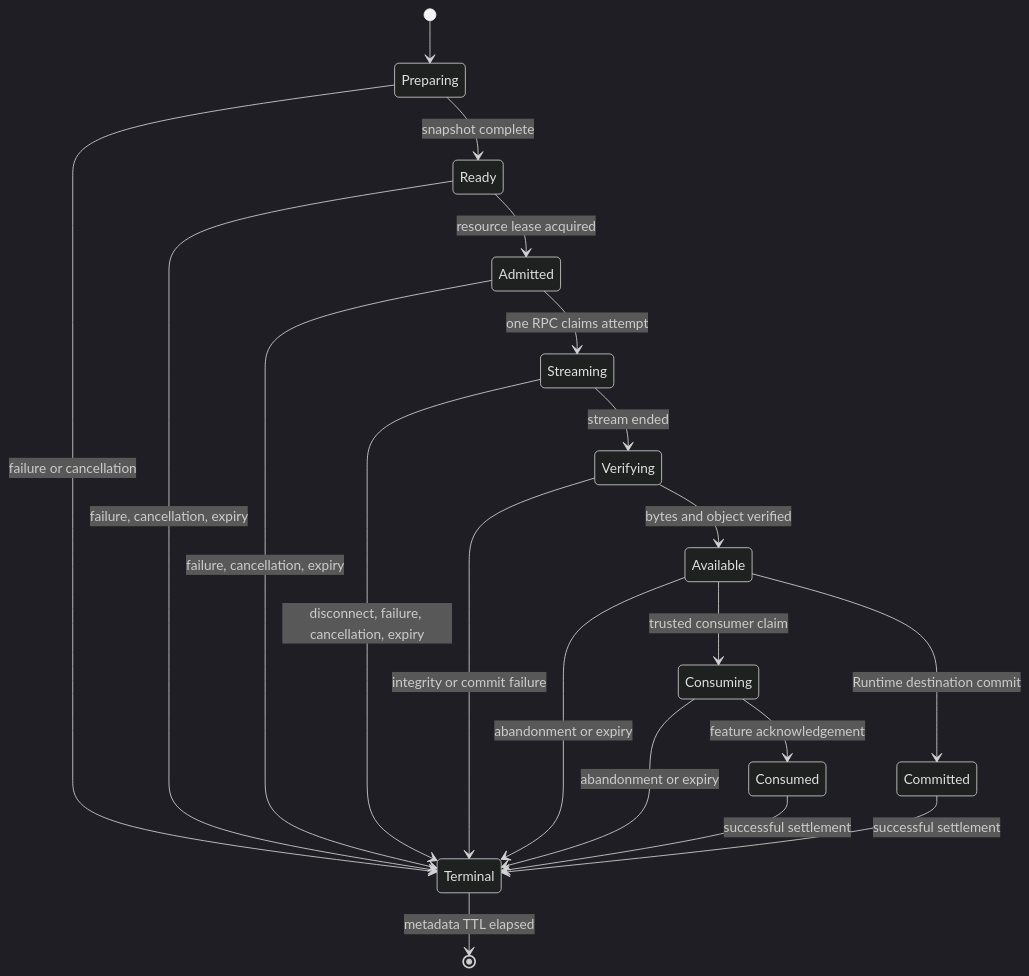
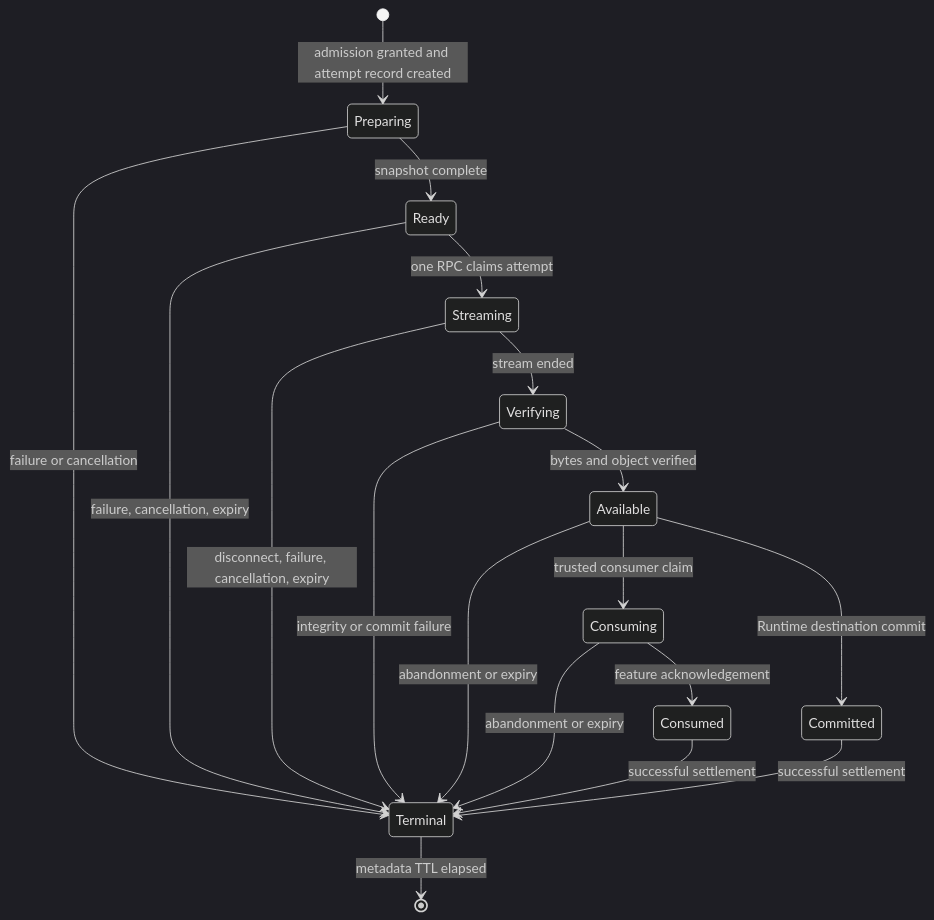
One commit to azents/azents changed the second of 4 diagrams in docs/azents/design/transfer-260725-runtime-file-transfer.md. Above: the diagram before and after it, drawn with Mermaid (dark theme). The commit also changed other lines of this file, not shown here.

Commit message:
Align transfer admission ordering

````diff
--- a/docs/azents/design/transfer-260725-runtime-file-transfer.md
+++ b/docs/azents/design/transfer-260725-runtime-file-transfer.md
@@ -122,24 +122,22 @@
 ```mermaid
 stateDiagram-v2
-    [*] --> Preparing
+    [*] --> Preparing: admission granted and attempt record created
     Preparing --> Ready: snapshot complete
-    Ready --> Admitted: resource lease acquired
-    Admitted --> Streaming: one RPC claims attempt
+    Ready --> Streaming: one RPC claims attempt
     Streaming --> Verifying: stream ended
     Verifying --> Available: bytes and object verified
     Available --> Consuming: trusted consumer claim
     Consuming --> Consumed: feature acknowledgement
     Available --> Committed: Runtime destination commit
 
     Preparing --> Terminal: failure or cancellation
     Ready --> Terminal: failure, cancellation, expiry
-    Admitted --> Terminal: failure, cancellation, expiry
     Streaming --> Terminal: disconnect, failure, cancellation, expiry
     Verifying --> Terminal: integrity or commit failure
     Available --> Terminal: abandonment or expiry
     Consuming --> Terminal: abandonment or expiry
     Consumed --> Terminal: successful settlement
     Committed --> Terminal: successful settlement
 
     Terminal --> [*]: metadata TTL elapsed
 ```
````
